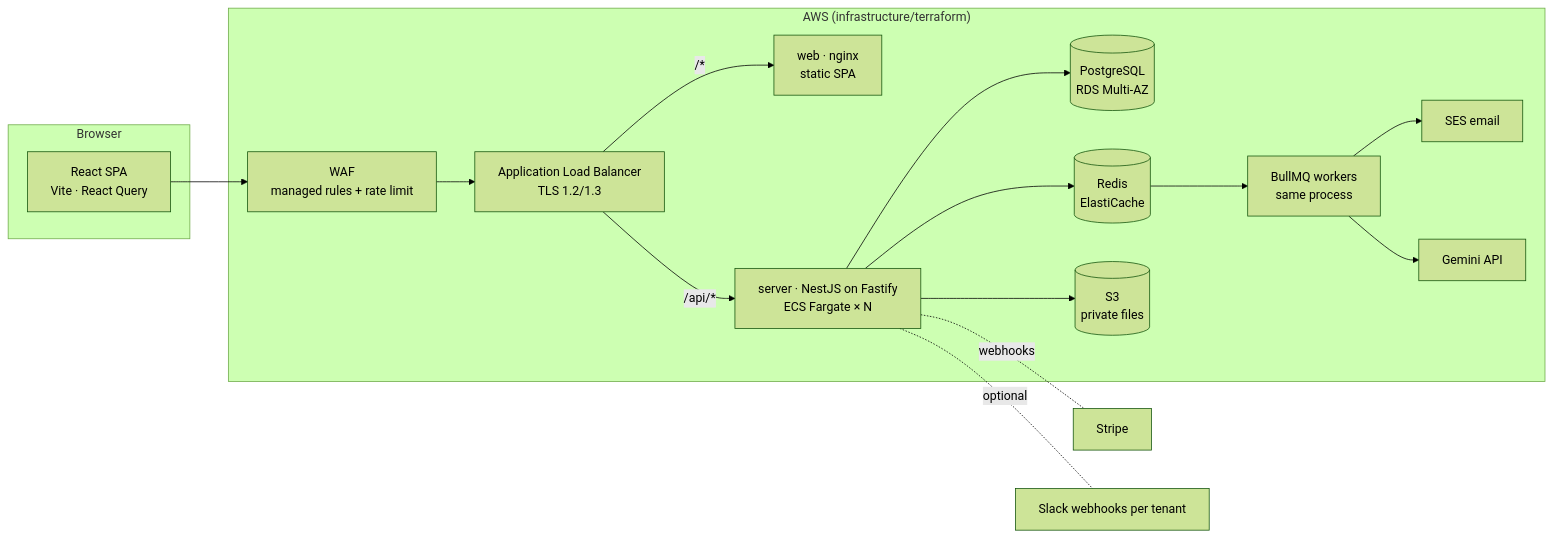
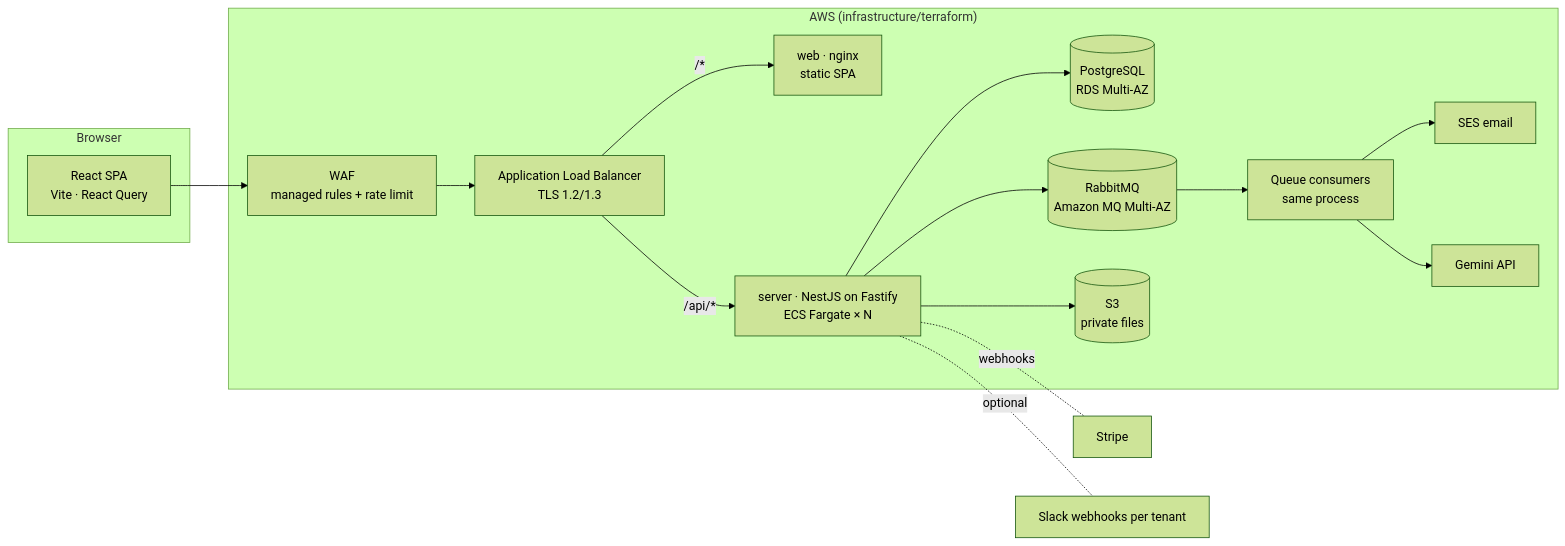
The first of 4 diagrams in docs/ARCHITECTURE.md (mky120799/HRMS-PORTAL), drawn with Mermaid (forest theme) before and after one commit. The commit also changed other lines of this file and 34 other files, not shown here.

````diff
--- a/docs/ARCHITECTURE.md
+++ b/docs/ARCHITECTURE.md
@@ -8,20 +8,20 @@
 ```mermaid
 flowchart LR
   subgraph Browser
     SPA[React SPA<br/>Vite · React Query]
   end
   subgraph AWS["AWS (infrastructure/terraform)"]
     WAF[WAF<br/>managed rules + rate limit] --> ALB[Application Load Balancer<br/>TLS 1.2/1.3]
     ALB -- "/*" --> WEB[web · nginx<br/>static SPA]
     ALB -- "/api/*" --> API[server · NestJS on Fastify<br/>ECS Fargate × N]
     API --> PG[(PostgreSQL<br/>RDS Multi-AZ)]
-    API --> RD[(Redis<br/>ElastiCache)]
-    RD --> WK[BullMQ workers<br/>same process]
+    API --> MQ[(RabbitMQ<br/>Amazon MQ Multi-AZ)]
+    MQ --> WK[Queue consumers<br/>same process]
     API --> S3[(S3<br/>private files)]
     WK --> SES[SES email]
     WK --> GEM[Gemini API]
   end
   SPA --> WAF
   API -. webhooks .- STRIPE[Stripe]
   API -. optional .- SLACK[Slack webhooks per tenant]
 ```
````
